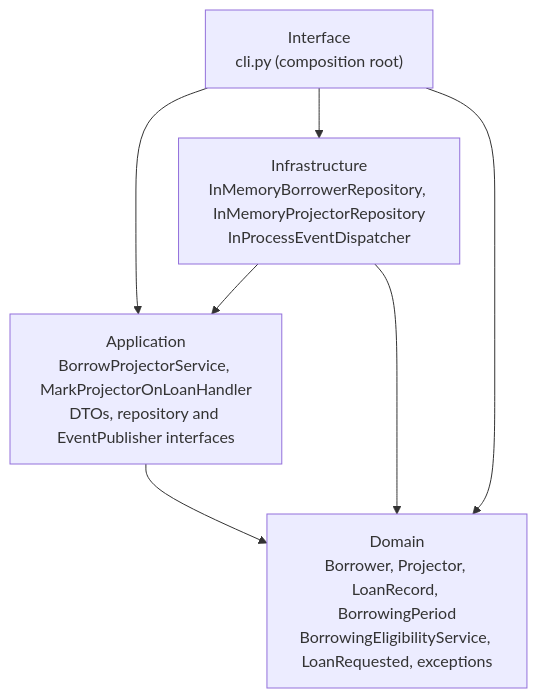
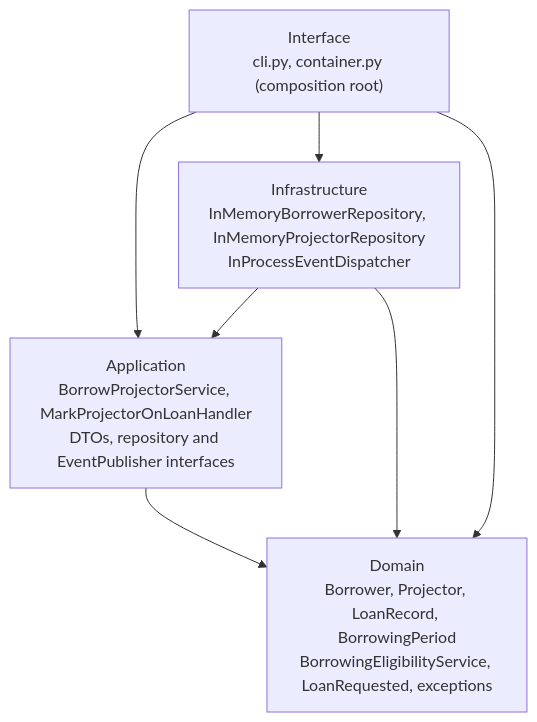
The second of 3 diagrams in docs/diagrams.md (shadiah-nalubega/projector_borrowing_system), drawn with Mermaid before and after one commit. The commit also changed 26 other files, not shown here.

````diff
--- a/docs/diagrams.md
+++ b/docs/diagrams.md
@@ -101,14 +101,14 @@
 ```mermaid
 flowchart TB
-    Interface["Interface<br/>cli.py (composition root)"]
+    Interface["Interface<br/>cli.py, container.py (composition root)"]
     Infrastructure["Infrastructure<br/>InMemoryBorrowerRepository, InMemoryProjectorRepository<br/>InProcessEventDispatcher"]
     Application["Application<br/>BorrowProjectorService, MarkProjectorOnLoanHandler<br/>DTOs, repository and EventPublisher interfaces"]
     Domain["Domain<br/>Borrower, Projector, LoanRecord, BorrowingPeriod<br/>BorrowingEligibilityService, LoanRequested, exceptions"]
 
     Interface --> Application
     Interface --> Infrastructure
     Interface --> Domain
     Infrastructure --> Application
     Infrastructure --> Domain
     Application --> Domain
 ```
````
